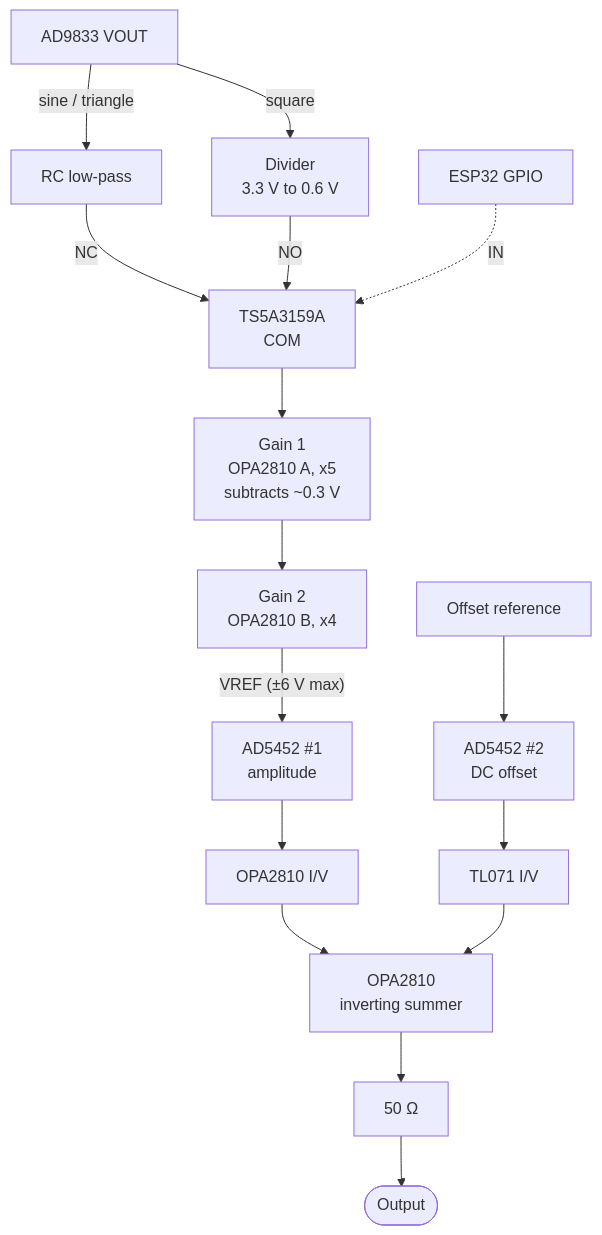
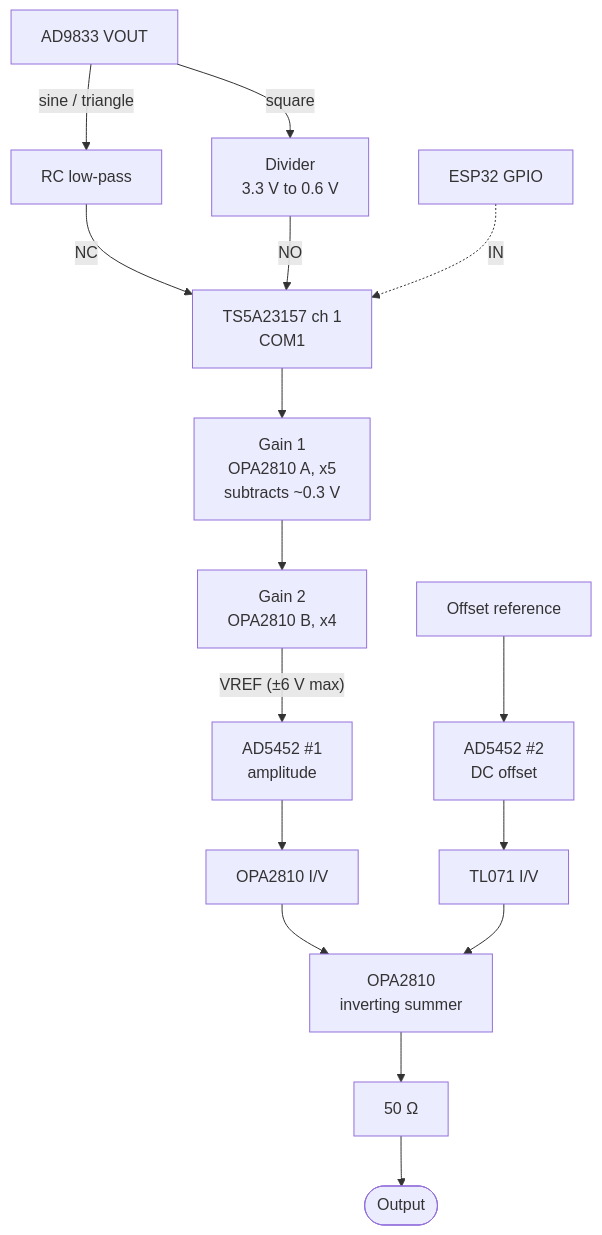
The diagram in docs/parts.md (R0mba-Na11avan/425_Function_Generator), drawn with Mermaid before and after one commit. The commit also changed other lines of this file and 5 other files, not shown here.

````diff
--- a/docs/parts.md
+++ b/docs/parts.md
@@ -21,25 +21,25 @@
 ```mermaid
 flowchart TD
     DDS["AD9833 VOUT"]
     LPF["RC low-pass"]
     DIV["Divider<br/>3.3 V to 0.6 V"]
-    SW["TS5A3159A<br/>COM"]
+    SW["TS5A23157 ch 1<br/>COM1"]
     GPIO["ESP32 GPIO"]
     G1["Gain 1<br/>OPA2810 A, x5<br/>subtracts ~0.3 V"]
     G2["Gain 2<br/>OPA2810 B, x4"]
     AMP["AD5452 #1<br/>amplitude"]
     AIV["OPA2810 I/V"]
     OREF["Offset reference"]
     OFS["AD5452 #2<br/>DC offset"]
     OIV["TL071 I/V"]
     SUM["OPA2810<br/>inverting summer"]
     R50["50 Ω"]
     OUT(["Output"])
 
     DDS -->|sine / triangle| LPF -->|NC| SW
     DDS -->|square| DIV -->|NO| SW
     GPIO -.->|IN| SW
     SW --> G1 --> G2 -->|"VREF (±6 V max)"| AMP --> AIV --> SUM
     OREF --> OFS --> OIV --> SUM
     SUM --> R50 --> OUT
 ```
````
